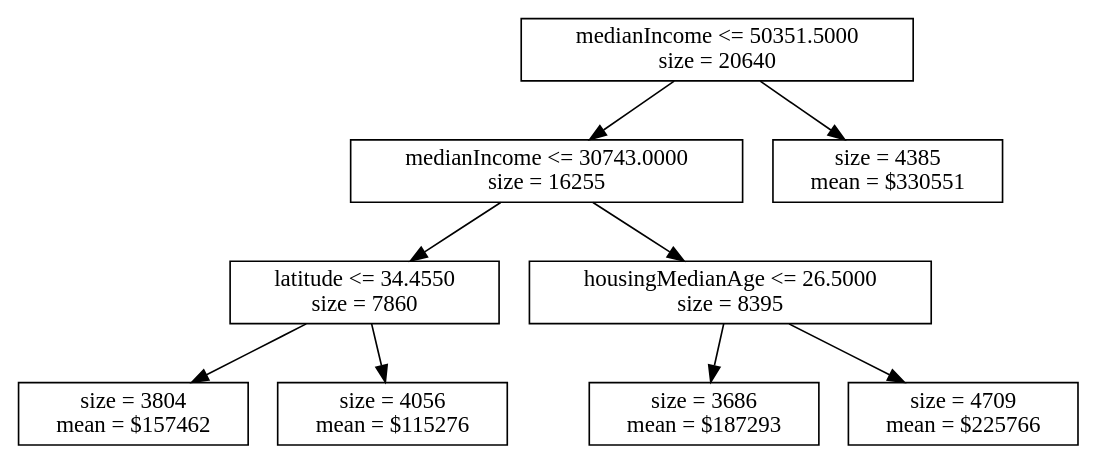
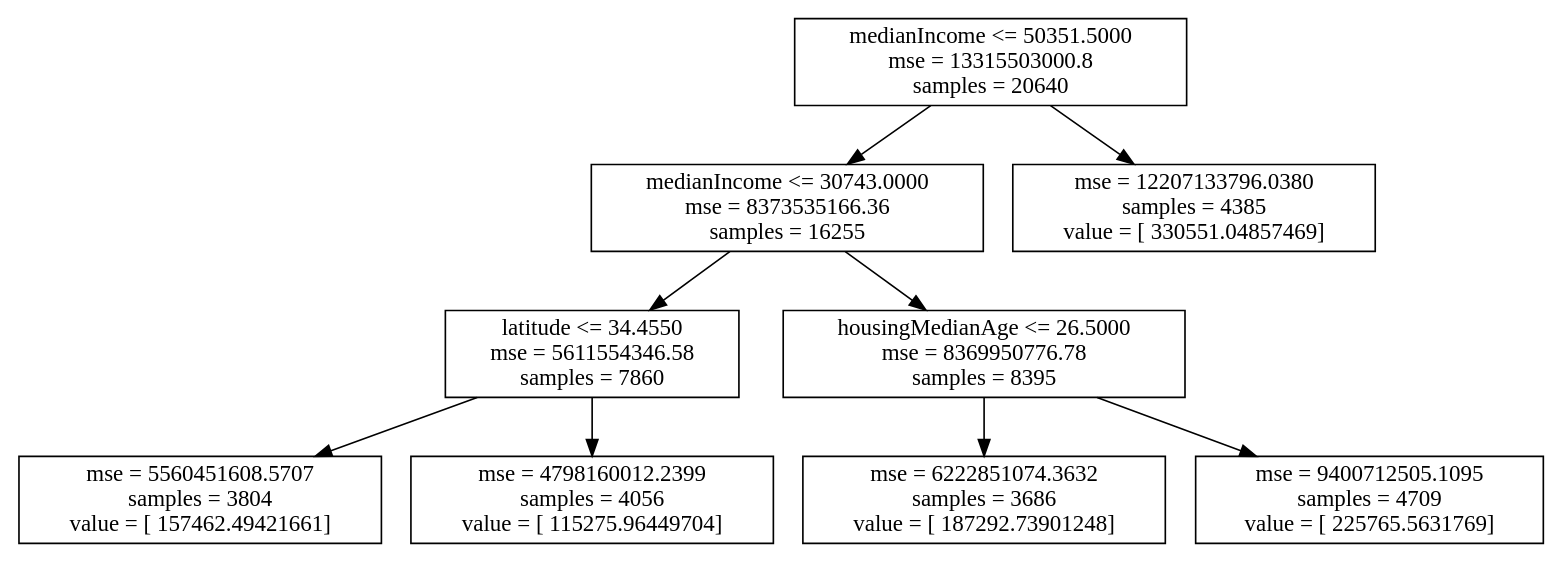
One commit to TaddyLab/bayesian-forest changed the diagram in graphs/cahtree.dot. Above: the diagram before and after it, drawn with Graphviz. The commit also changed 2 other files, not shown here.

```diff
--- a/graphs/cahtree.dot
+++ b/graphs/cahtree.dot
@@ -1,19 +1,19 @@
 digraph Tree {
-0 [label="medianIncome <= 50351.5000\n size = 20640", shape="box"] ;
-1 [label="medianIncome <= 30743.0000\n size = 16255", shape="box"] ;
+0 [label="medianIncome <= 50351.5000\nmse = 13315503000.8\nsamples = 20640", shape="box"] ;
+1 [label="medianIncome <= 30743.0000\nmse = 8373535166.36\nsamples = 16255", shape="box"] ;
 0 -> 1 ;
-2 [label="latitude <= 34.4550\n size = 7860", shape="box"] ;
+2 [label="latitude <= 34.4550\nmse = 5611554346.58\nsamples = 7860", shape="box"] ;
 1 -> 2 ;
-3 [label=" size = 3804\nmean = $157462", shape="box"] ;
+3 [label="mse = 5560451608.5707\nsamples = 3804\nvalue = [ 157462.49421661]", shape="box"] ;
 2 -> 3 ;
-4 [label=" size = 4056\nmean = $115276", shape="box"] ;
+4 [label="mse = 4798160012.2399\nsamples = 4056\nvalue = [ 115275.96449704]", shape="box"] ;
 2 -> 4 ;
-5 [label="housingMedianAge <= 26.5000\n size = 8395", shape="box"] ;
+5 [label="housingMedianAge <= 26.5000\nmse = 8369950776.78\nsamples = 8395", shape="box"] ;
 1 -> 5 ;
-6 [label=" size = 3686\nmean = $187293", shape="box"] ;
+6 [label="mse = 6222851074.3632\nsamples = 3686\nvalue = [ 187292.73901248]", shape="box"] ;
 5 -> 6 ;
-7 [label=" size = 4709\nmean = $225766", shape="box"] ;
+7 [label="mse = 9400712505.1095\nsamples = 4709\nvalue = [ 225765.5631769]", shape="box"] ;
 5 -> 7 ;
-8 [label=" size = 4385\nmean = $330551", shape="box"] ;
+8 [label="mse = 12207133796.0380\nsamples = 4385\nvalue = [ 330551.04857469]", shape="box"] ;
 0 -> 8 ;
 }
```
